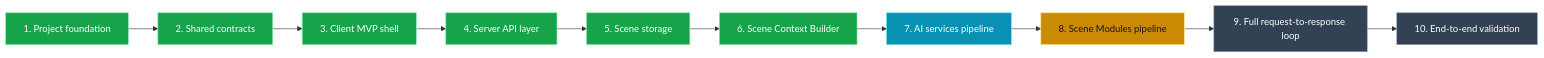
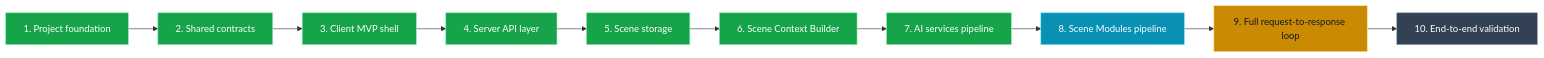
The second of 2 diagrams in readme.md (AgentDan/AIproject), drawn with Mermaid before and after one commit. The commit also changed other lines of this file and 10 other files, not shown here.

````diff
--- a/readme.md
+++ b/readme.md
@@ -466,28 +491,28 @@
 ```mermaid
 flowchart LR
   S1["1. Project foundation"] --> S2["2. Shared contracts"]
   S2 --> S3["3. Client MVP shell"]
   S3 --> S4["4. Server API layer"]
   S4 --> S5["5. Scene storage"]
   S5 --> S6["6. Scene Context Builder"]
   S6 --> S7["7. AI services pipeline"]
   S7 --> S8["8. Scene Modules pipeline"]
   S8 --> S9["9. Full request-to-response loop"]
   S9 --> S10["10. End-to-end validation"]
 
   S1:::done
   S2:::done
   S3:::done
   S4:::done
   S5:::done
   S6:::done
-  S7:::current
-  S8:::next
-  S9:::pending
+  S7:::done
+  S8:::current
+  S9:::next
   S10:::pending
 
   classDef done fill:#16a34a,stroke:#86efac,color:#ffffff
   classDef current fill:#0891b2,stroke:#67e8f9,color:#ffffff
   classDef next fill:#ca8a04,stroke:#fde68a,color:#111827
   classDef pending fill:#334155,stroke:#94a3b8,color:#ffffff
 ```
````
